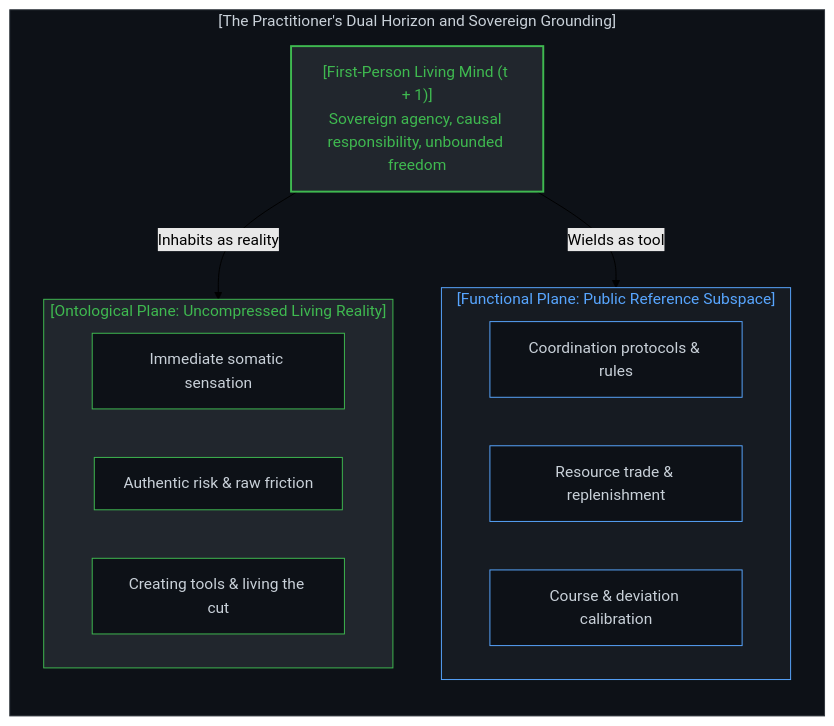
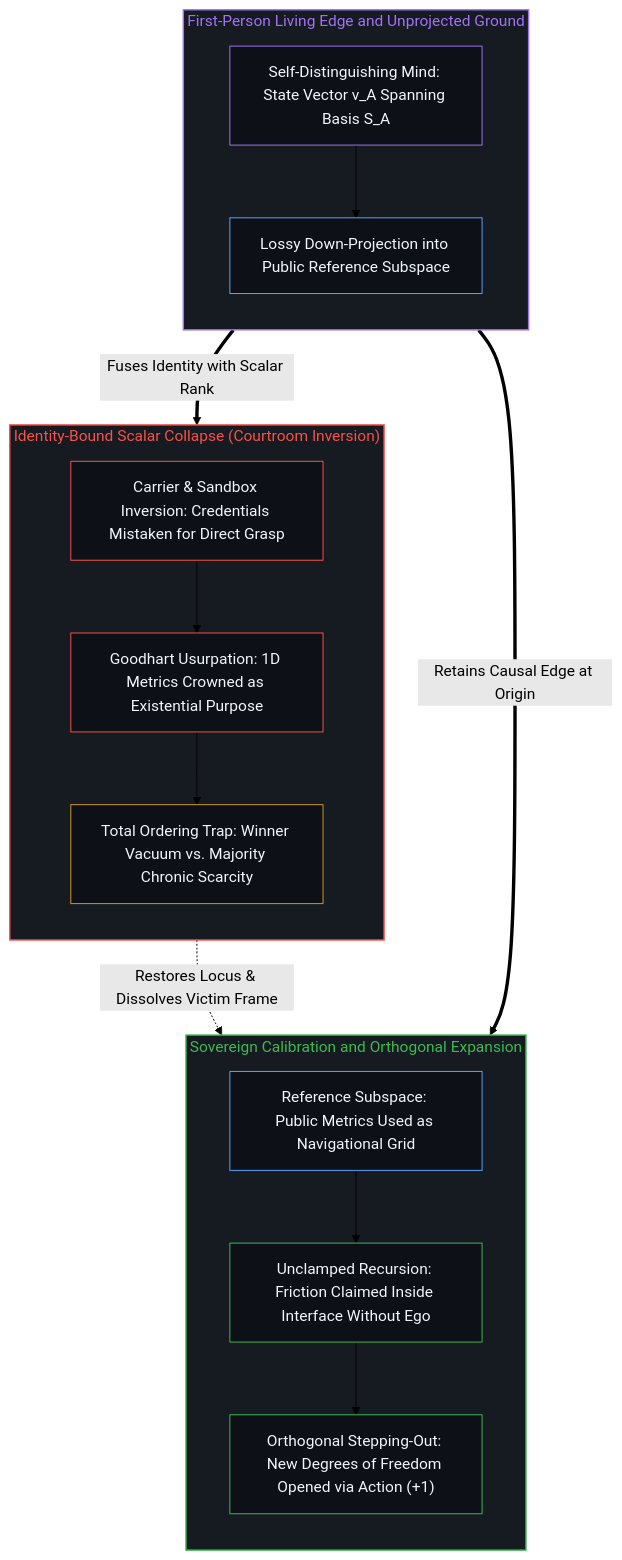
Before and after one commit to powerpig99/not-a-toe: the second of 2 diagrams in content/posts/coordinate-systems-mind-and-degrees-of-freedom.md, drawn with Mermaid (forest theme). The commit also changed other lines of this file and 3 other files, not shown here.

Commit message:
Refine L2 #172, #173 & #174: the-causal-inversion-of-philosophical-agency, war-revolution-and-the-fall-of-empires & coordinate-systems-mind-and-degrees-of-freedom (Wave 3)

````diff
--- a/content/posts/coordinate-systems-mind-and-degrees-of-freedom.md
+++ b/content/posts/coordinate-systems-mind-and-degrees-of-freedom.md
@@ -309,35 +85,41 @@
 ```mermaid
-graph TB
-    subgraph LivingPractice["[The Practitioner's Dual Horizon and Sovereign Grounding]"]
+flowchart TD
+    subgraph S_Ground["First-Person Living Edge and Unprojected Ground"]
         direction TB
-        MindOrigin["[First-Person Living Mind (t + 1)]<br>Sovereign agency, causal responsibility, unbounded freedom"]
-        
-        subgraph FunctionalPlane["[Functional Plane: Public Reference Subspace]"]
-            direction LR
-            Protocol["Coordination protocols & rules"]
-            Exchange["Resource trade & replenishment"]
-            Calibration["Course & deviation calibration"]
-        end
-        
-        subgraph DeepReality["[Ontological Plane: Uncompressed Living Reality]"]
-            direction LR
-            DirectSensation["Immediate somatic sensation"]
-            AuthenticRisk["Authentic risk & raw friction"]
-            LivingCreation["Creating tools & living the cut"]
-        end
-
-        MindOrigin -->|"Wields as tool"| FunctionalPlane
-        MindOrigin -->|"Inhabits as reality"| DeepReality
+        Origin["Self-Distinguishing Mind: State Vector v_A Spanning Basis S_A"]
+        Projection["Lossy Down-Projection into Public Reference Subspace"]
+        Origin --> Projection
     end
 
-    style LivingPractice fill:#0d1117,stroke:#30363d,stroke-width:1px,color:#c9d1d9
-    style MindOrigin fill:#21262d,stroke:#3fb950,stroke-width:2px,color:#3fb950
-    style FunctionalPlane fill:#161b22,stroke:#58a6ff,stroke-width:1px,color:#58a6ff
-    style DeepReality fill:#21262d,stroke:#3fb950,stroke-width:1px,color:#3fb950
-    style Protocol fill:#0d1117,stroke:#58a6ff,stroke-width:1px,color:#c9d1d9
-    style Exchange fill:#0d1117,stroke:#58a6ff,stroke-width:1px,color:#c9d1d9
-    style Calibration fill:#0d1117,stroke:#58a6ff,stroke-width:1px,color:#c9d1d9
-    style DirectSensation fill:#0d1117,stroke:#3fb950,stroke-width:1px,color:#c9d1d9
-    style AuthenticRisk fill:#0d1117,stroke:#3fb950,stroke-width:1px,color:#c9d1d9
-    style LivingCreation fill:#0d1117,stroke:#3fb950,stroke-width:1px,color:#c9d1d9
+    subgraph S_Trap["Identity-Bound Scalar Collapse (Courtroom Inversion)"]
+        direction TB
+        Mistake["Carrier & Sandbox Inversion: Credentials Mistaken for Direct Grasp"]
+        Goodhart["Goodhart Usurpation: 1D Metrics Crowned as Existential Purpose"]
+        DualTrap["Total Ordering Trap: Winner Vacuum vs. Majority Chronic Scarcity"]
+        Mistake --> Goodhart --> DualTrap
+    end
+
+    subgraph S_Sovereign["Sovereign Calibration and Orthogonal Expansion"]
+        direction TB
+        Grid["Reference Subspace: Public Metrics Used as Navigational Grid"]
+        Update["Unclamped Recursion: Friction Claimed Inside Interface Without Ego"]
+        Ortho["Orthogonal Stepping-Out: New Degrees of Freedom Opened via Action (+1)"]
+        Grid --> Update --> Ortho
+    end
+
+    Projection ==>|"Fuses Identity with Scalar Rank"| Mistake
+    Projection ==>|"Retains Causal Edge at Origin"| Grid
+    DualTrap -.->|"Restores Locus & Dissolves Victim Frame"| Grid
+
+    style S_Ground fill:#161b22,stroke:#a371f7,stroke-width:1.5px,color:#a371f7
+    style S_Trap fill:#161b22,stroke:#f85149,stroke-width:1.5px,color:#f85149
+    style S_Sovereign fill:#161b22,stroke:#3fb950,stroke-width:1.5px,color:#3fb950
+    style Origin fill:#0d1117,stroke:#a371f7,stroke-width:1px,color:#f0f6fc
+    style Projection fill:#0d1117,stroke:#58a6ff,stroke-width:1px,color:#f0f6fc
+    style Mistake fill:#0d1117,stroke:#f85149,stroke-width:1px,color:#f0f6fc
+    style Goodhart fill:#0d1117,stroke:#f85149,stroke-width:1px,color:#f0f6fc
+    style DualTrap fill:#0d1117,stroke:#d29922,stroke-width:1px,color:#f0f6fc
+    style Grid fill:#0d1117,stroke:#58a6ff,stroke-width:1px,color:#f0f6fc
+    style Update fill:#0d1117,stroke:#3fb950,stroke-width:1px,color:#f0f6fc
+    style Ortho fill:#0d1117,stroke:#3fb950,stroke-width:1px,color:#f0f6fc
 ```
````
